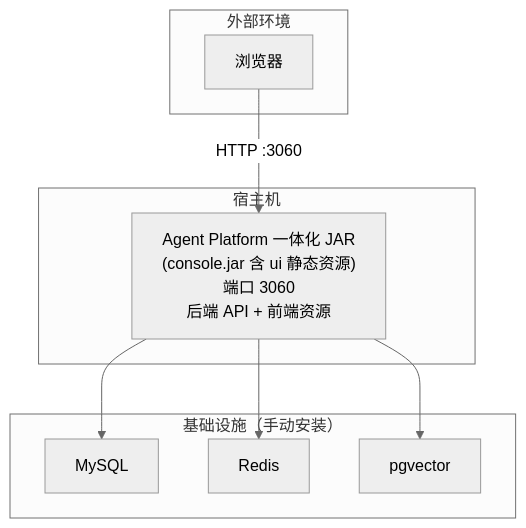
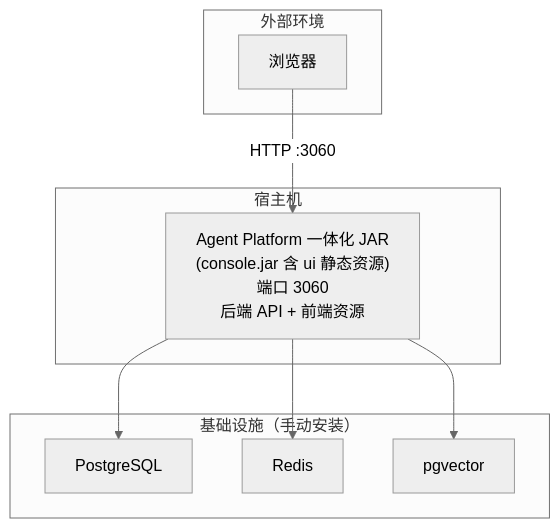
Before and after one commit to frankrich92/agent-platform: the second of 5 diagrams in source/agent-platform-ui/src/doc/content/build-doc/index.md, drawn with Mermaid (neutral theme). The commit also changed other lines of this file and 22 other files, not shown here.

Commit message:
refactor: switch persistence to PostgreSQL

````diff
--- a/source/agent-platform-ui/src/doc/content/build-doc/index.md
+++ b/source/agent-platform-ui/src/doc/content/build-doc/index.md
@@ -211,21 +212,21 @@
 ```mermaid
 graph TD
     subgraph External["外部环境"]
         Browser["浏览器"]
     end
 
     subgraph Host["宿主机"]
         Monolith["Agent Platform 一体化 JAR\n(console.jar 含 ui 静态资源)\n端口 3060\n后端 API + 前端资源"]
     end
 
     subgraph Infrastructure["基础设施（手动安装）"]
-        MySQL["MySQL"]
+        PostgreSQL["PostgreSQL"]
         Redis["Redis"]
         Pgvector["pgvector"]
     end
 
     Browser -->|"HTTP :3060"| Monolith
-    Monolith --> MySQL
+    Monolith --> PostgreSQL
     Monolith --> Redis
     Monolith --> Pgvector
 ```
````
